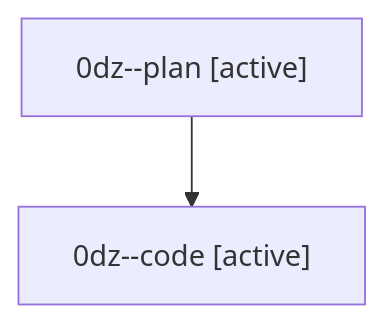
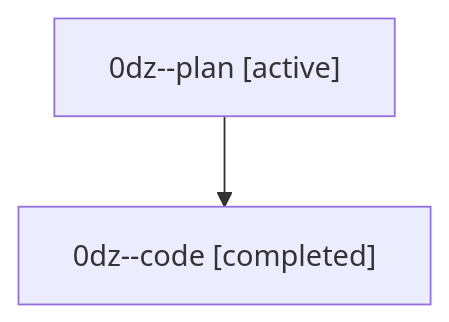
One commit to sase-org/sase--agents changed the diagram in families/bbugyi200.athena.0dz.md. Above: the diagram before and after it, drawn with Mermaid. The commit also changed other lines of this file and 35830 other files, not shown here.

````diff
--- a/families/bbugyi200.athena.0dz.md
+++ b/families/bbugyi200.athena.0dz.md
@@ -9,6 +9,6 @@
 ```mermaid
 flowchart TD
   n0["0dz--plan [active]"]
-  n1["0dz--code [active]"]
+  n1["0dz--code [completed]"]
   n0 --> n1
 ```
````
